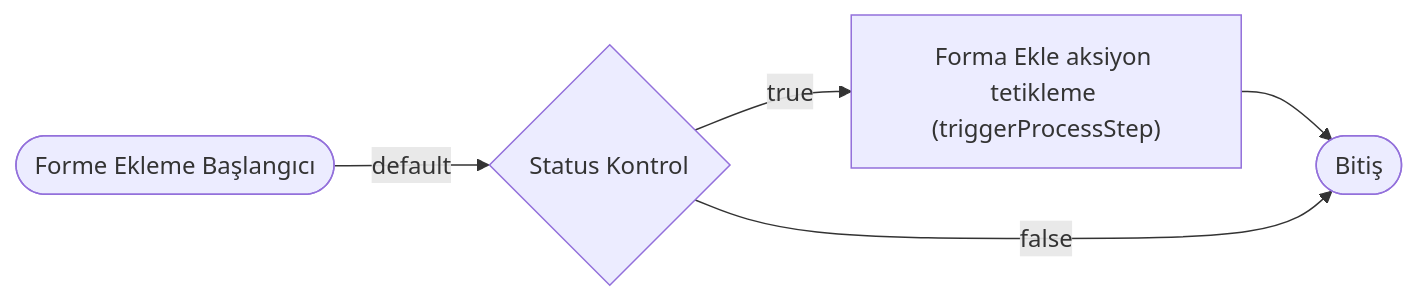
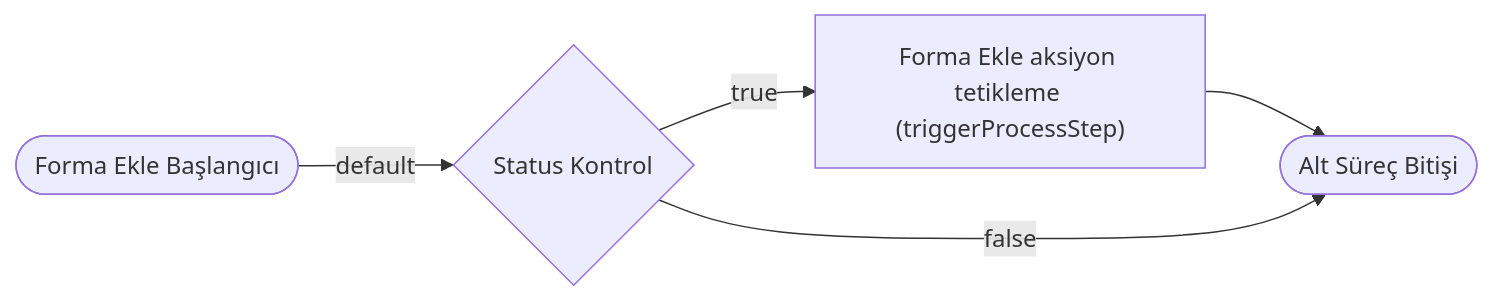
One commit to hiveteamsai/flovo-bpm-doc changed the second of 3 diagrams in bpmEngine/sampleProcess/expenseAndCreditCard/expense.md. Above: the diagram before and after it, drawn with Mermaid. The commit also changed other lines of this file and 51 other files, not shown here.

````diff
--- a/bpmEngine/sampleProcess/expenseAndCreditCard/expense.md
+++ b/bpmEngine/sampleProcess/expenseAndCreditCard/expense.md
@@ -48,12 +48,12 @@
 ```mermaid
 flowchart LR
-  s1(["Forme Ekleme Başlangıcı"])
+  s1(["Forma Ekle Başlangıcı"])
   sc{"Status Kontrol"}
   t1["Forma Ekle aksiyon tetikleme (triggerProcessStep)"]
-  e1(["Bitiş"])
+  e1(["Alt Süreç Bitişi"])
 
   s1 -->|"default"| sc
   sc -->|"true"| t1
   t1 --> e1
   sc -->|"false"| e1
 ```
````
